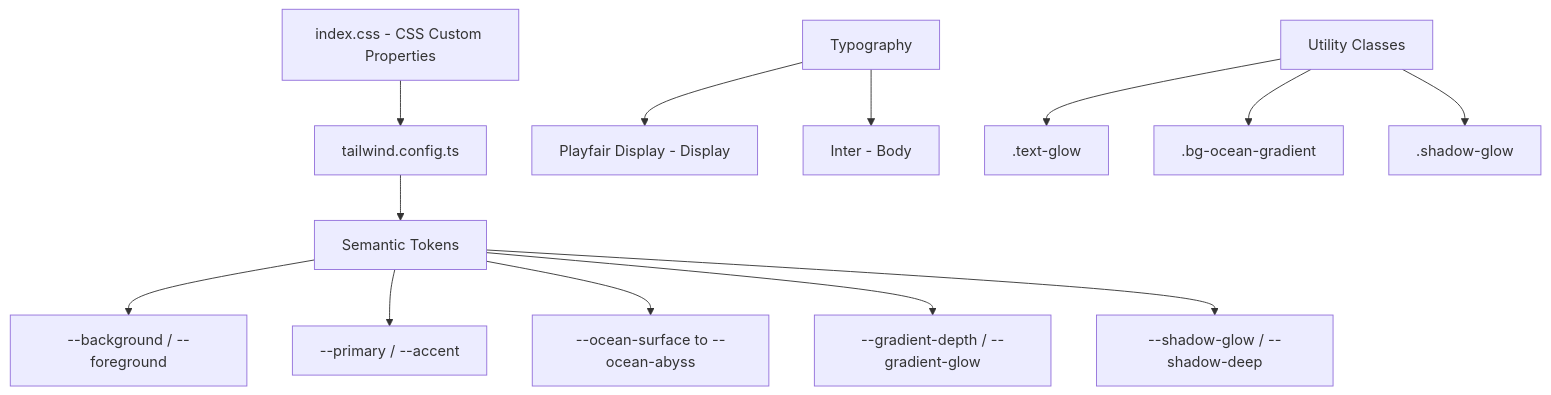
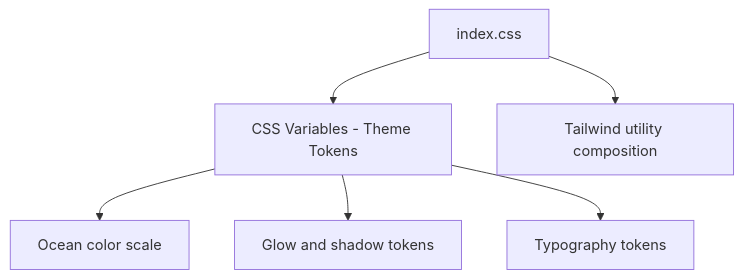
Before and after one commit to ramalokeshreddyp/Abyss-Atlas: the fifth of 6 diagrams in architecture.md, drawn with Mermaid. The commit also changed other lines of this file and 21 other files, not shown here.

````diff
--- a/architecture.md
+++ b/architecture.md
@@ -78,18 +102,8 @@
 ```mermaid
 graph TD
-    A[index.css - CSS Custom Properties] --> B[tailwind.config.ts]
-    B --> C[Semantic Tokens]
-    
-    C --> D[--background / --foreground]
-    C --> E[--primary / --accent]
-    C --> F[--ocean-surface to --ocean-abyss]
-    C --> G[--gradient-depth / --gradient-glow]
-    C --> H[--shadow-glow / --shadow-deep]
-    
-    I[Typography] --> J[Playfair Display - Display]
-    I --> K[Inter - Body]
-    
-    L[Utility Classes] --> M[.text-glow]
-    L --> N[.bg-ocean-gradient]
-    L --> O[.shadow-glow]
+    A[index.css] --> B[CSS Variables - Theme Tokens]
+    B --> C[Ocean color scale]
+    B --> D[Glow and shadow tokens]
+    B --> E[Typography tokens]
+    A --> F[Tailwind utility composition]
 ```
````
